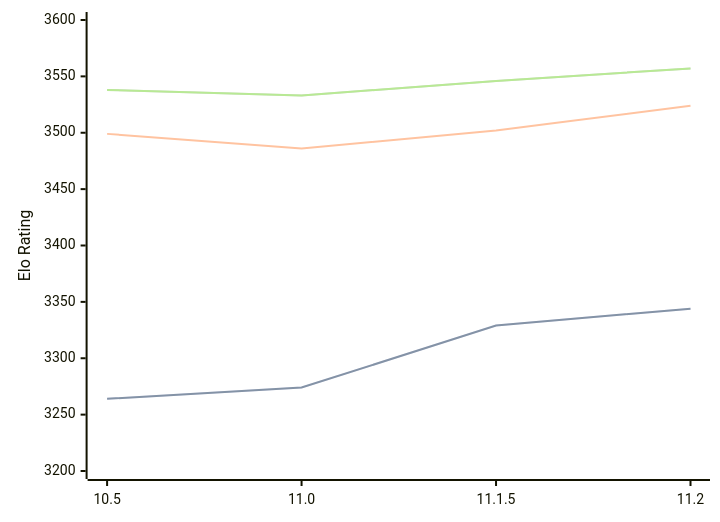
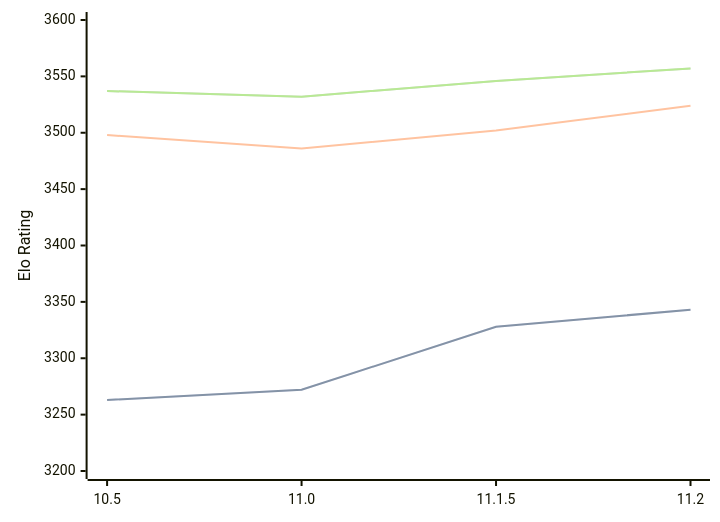
One commit to computer-chess-index/cci changed the diagram in engines/Lizard.md. Above: the diagram before and after it, drawn with Mermaid. The commit also changed other lines of this file, not shown here.

Commit message:
Update CCI Ratings (ELO VLTC) - 2026-03-07

````diff
--- a/engines/Lizard.md
+++ b/engines/Lizard.md
@@ -44,11 +44,11 @@
 ```mermaid
 %%{init: {"theme":"base","themeVariables":{"seriesColors:['#a3a3a3','#222221','#faa371']}}}%%
 xychart-beta
   x-axis ["10.5", "11.0", "11.1.5", "11.2"]
   y-axis "Elo Rating" 3200 --> 3600
-  line "STC (8.0+0.08s)" [3264, 3274, 3329, 3344]
-  line "STC (8.0+0.08s)" [3264, 3274, 3329, 3344]
-  line "LTC (60.0+0.60s)" [3499, 3486, 3502, 3524]
-  line "VLTC (2m24s+1.12s)" [3538, 3533, 3546, 3557]
-  line "VLTC (2m24s+1.12s)" [3538, 3533, 3546, 3557]
+  line "STC (8.0+0.08s)" [3263, 3272, 3328, 3343]
+  line "STC (8.0+0.08s)" [3263, 3272, 3328, 3343]
+  line "LTC (60.0+0.60s)" [3498, 3486, 3502, 3524]
+  line "VLTC (2m24s+1.12s)" [3537, 3532, 3546, 3557]
+  line "VLTC (2m24s+1.12s)" [3537, 3532, 3546, 3557]
 ```
````
